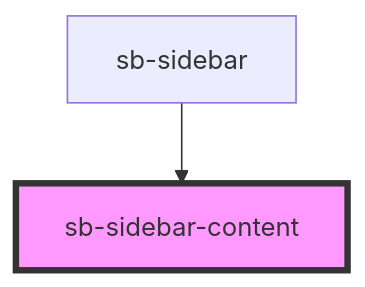
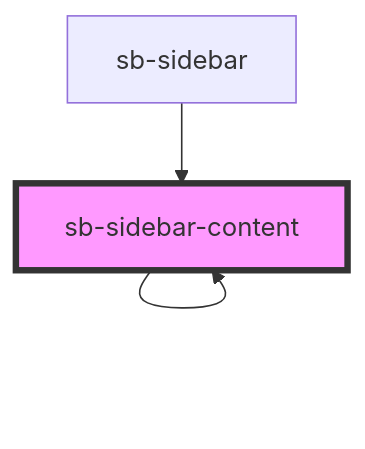
The diagram in songwriting-book/src/components/sidebar/readme.md (LawrenceBorst/songwriting-book), drawn with Mermaid before and after one commit. The commit also changed other lines of this file and 6 other files, not shown here.

First line of the commit message:
feat(sidebar): clean up content modes

````diff
--- a/songwriting-book/src/components/sidebar/readme.md
+++ b/songwriting-book/src/components/sidebar/readme.md
@@ -22,5 +28,6 @@
 ```mermaid
 graph TD;
+  sb-sidebar-content --> sb-sidebar-content
   sb-sidebar --> sb-sidebar-content
   style sb-sidebar-content fill:#f9f,stroke:#333,stroke-width:4px
 ```
````
